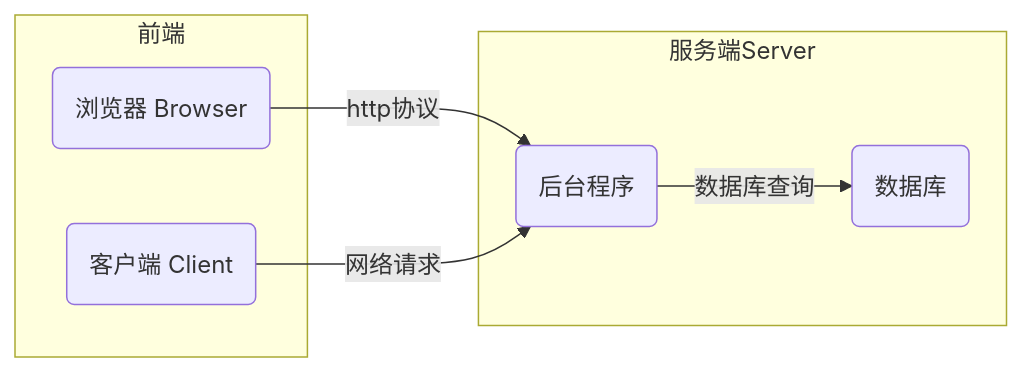
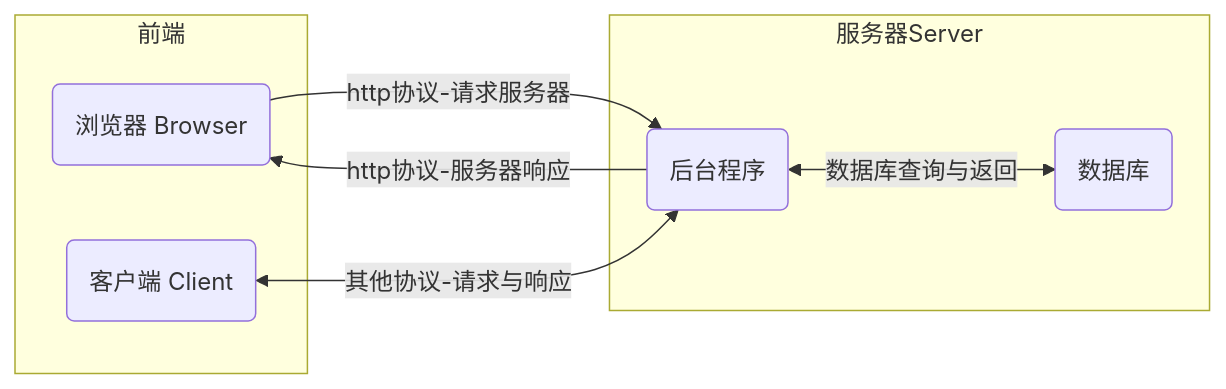
Before and after one commit to hughxusu/lesson-index: the second of 2 diagrams in a-coder-work.md, drawn with Mermaid. The commit also changed other lines of this file, not shown here.

````diff
--- a/a-coder-work.md
+++ b/a-coder-work.md
@@ -16,12 +20,13 @@
 ```mermaid
 flowchart LR
-    a(浏览器 Browser) -- http协议 --> c(后台程序)
-    b(客户端 Client) -- 网络请求 --> c
-    subgraph 服务端Server
-    c -- 数据库查询 --> d(数据库)
+    a(浏览器 Browser) -- http协议-请求服务器 --> c(后台程序)
+    c -- http协议-服务器响应 -->a
+    b(客户端 Client) <-- 其他协议-请求与响应 --> c
+    subgraph 服务器Server
+    c <-- 数据库查询与返回 --> d(数据库)
     end
     subgraph 前端
     a
     b
     end
 ```
````
